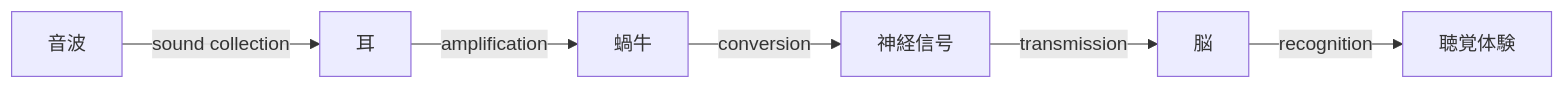
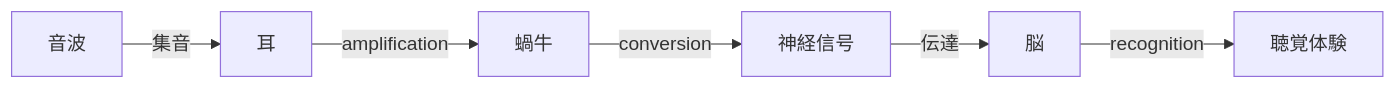
The second of 2 diagrams in en/_posts/2025-10-13-Column-Hearing-Health.md (monumental-movement/monumental-movement.github.io), drawn with Mermaid before and after one commit. The commit also changed other lines of this file and 497 other files, not shown here.

```diff
--- a/en/_posts/2025-10-13-Column-Hearing-Health.md
+++ b/en/_posts/2025-10-13-Column-Hearing-Health.md
@@ -119,10 +118,10 @@
 <div class="mermaid">
 
 flowchart LR
-  音波 -->|sound collection| 耳
+  音波 -->|集音| 耳
   耳 -->|amplification| 蝸牛
   蝸牛 -->|conversion| 神経信号
-  神経信号 -->|transmission| 脳
+  神経信号 -->|伝達| 脳
   脳 -->|recognition| 聴覚体験
 
 </div>
```
